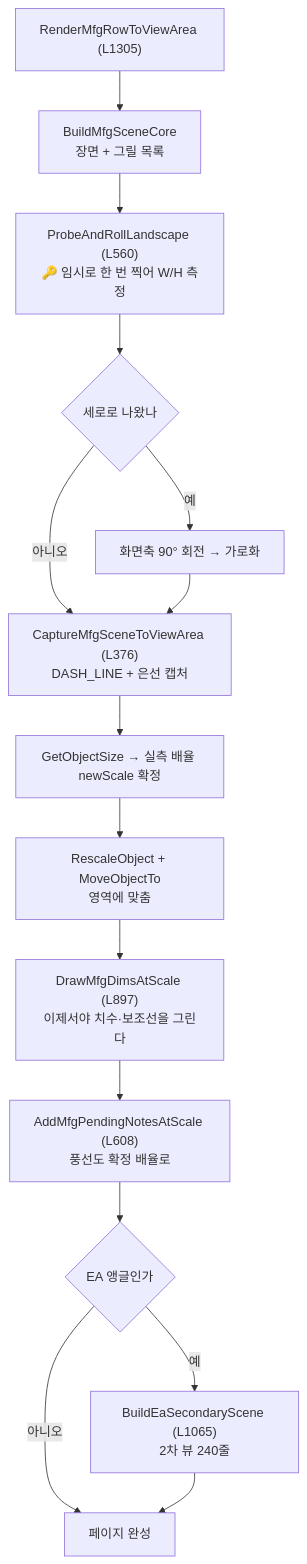
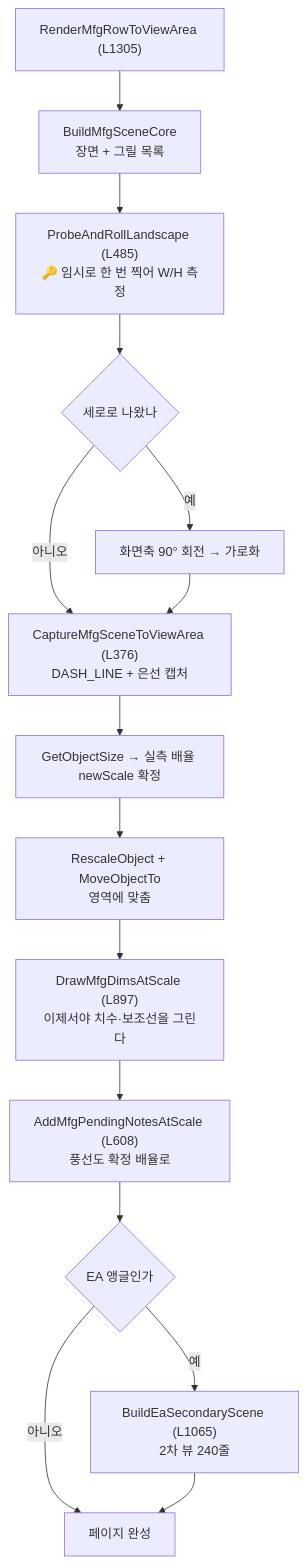
The third of 3 diagrams in docs/코드분석/파일별/Form1.MfgDrawing.md (uuuuj/a2z), drawn with Mermaid before and after one commit. The commit also changed other lines of this file and 13 other files, not shown here.

````diff
--- a/docs/코드분석/파일별/Form1.MfgDrawing.md
+++ b/docs/코드분석/파일별/Form1.MfgDrawing.md
@@ -118,18 +118,18 @@
 ```mermaid
 flowchart TD
     A["RenderMfgRowToViewArea (L1305)"] --> B["BuildMfgSceneCore<br/>장면 + 그릴 목록"]
-    B --> C["ProbeAndRollLandscape (L560)<br/>🔑 임시로 한 번 찍어 W/H 측정"]
+    B --> C["ProbeAndRollLandscape (L485)<br/>🔑 임시로 한 번 찍어 W/H 측정"]
     C --> D{"세로로 나왔나"}
     D -- 예 --> E["화면축 90° 회전 → 가로화"]
     D -- 아니오 --> F
     E --> F["CaptureMfgSceneToViewArea (L376)<br/>DASH_LINE + 은선 캡처"]
     F --> G["GetObjectSize → 실측 배율 newScale 확정"]
     G --> H["RescaleObject + MoveObjectTo<br/>영역에 맞춤"]
     H --> I["DrawMfgDimsAtScale (L897)<br/>이제서야 치수·보조선을 그린다"]
     I --> J["AddMfgPendingNotesAtScale (L608)<br/>풍선도 확정 배율로"]
     J --> K{"EA 앵글인가"}
     K -- 예 --> L["BuildEaSecondaryScene (L1065)<br/>2차 뷰 240줄"]
     K -- 아니오 --> M["페이지 완성"]
     L --> M
     classDef other fill:#eee,stroke:#999,stroke-dasharray:3
 ```
````
